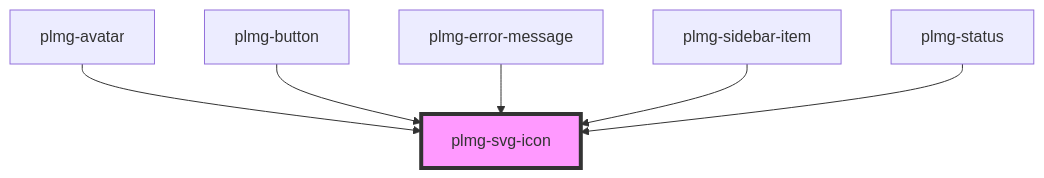
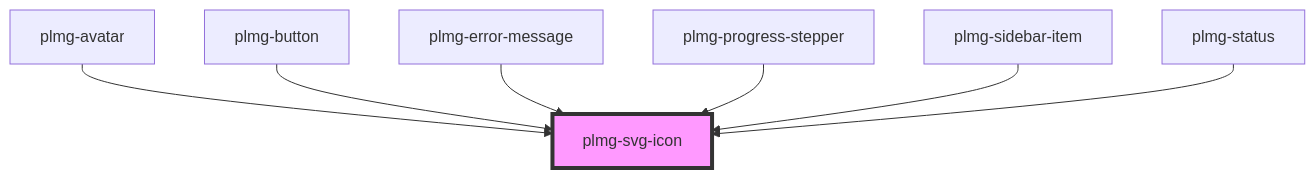
One commit to DuckyTeam/Plumage changed the diagram in packages/component-library/src/components/plmg-svg-icon/readme.md. Above: the diagram before and after it, drawn with Mermaid. The commit also changed other lines of this file and 3 other files, not shown here.

````diff
--- a/packages/component-library/src/components/plmg-svg-icon/readme.md
+++ b/packages/component-library/src/components/plmg-svg-icon/readme.md
@@ -28,9 +29,10 @@
 ```mermaid
 graph TD;
   plmg-avatar --> plmg-svg-icon
   plmg-button --> plmg-svg-icon
   plmg-error-message --> plmg-svg-icon
+  plmg-progress-stepper --> plmg-svg-icon
   plmg-sidebar-item --> plmg-svg-icon
   plmg-status --> plmg-svg-icon
   style plmg-svg-icon fill:#f9f,stroke:#333,stroke-width:4px
 ```
````
